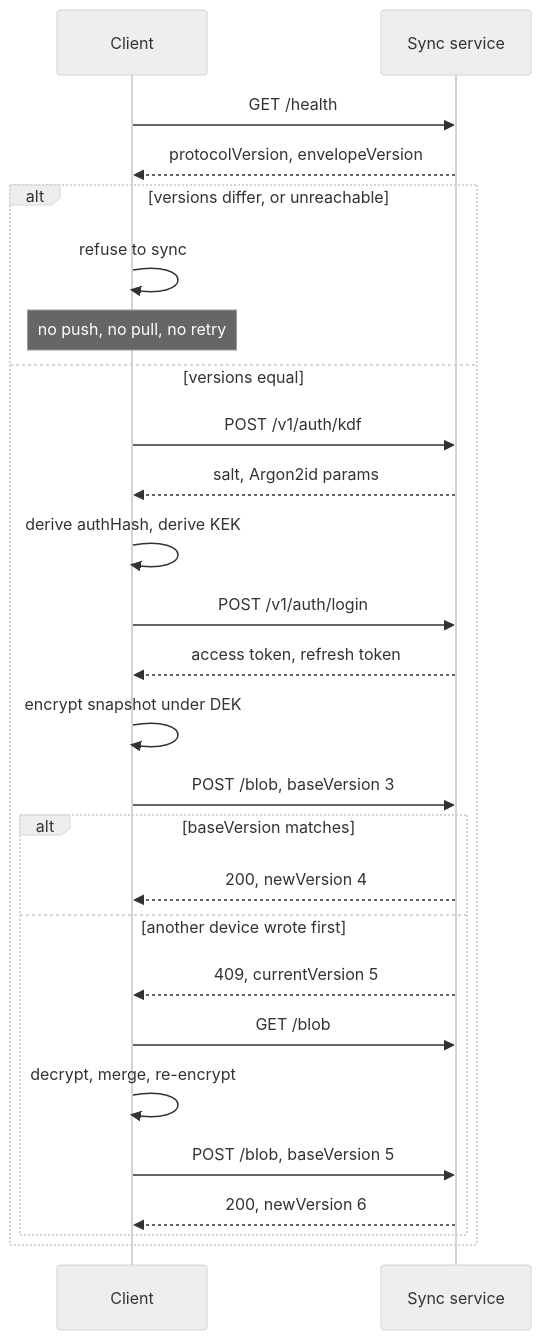
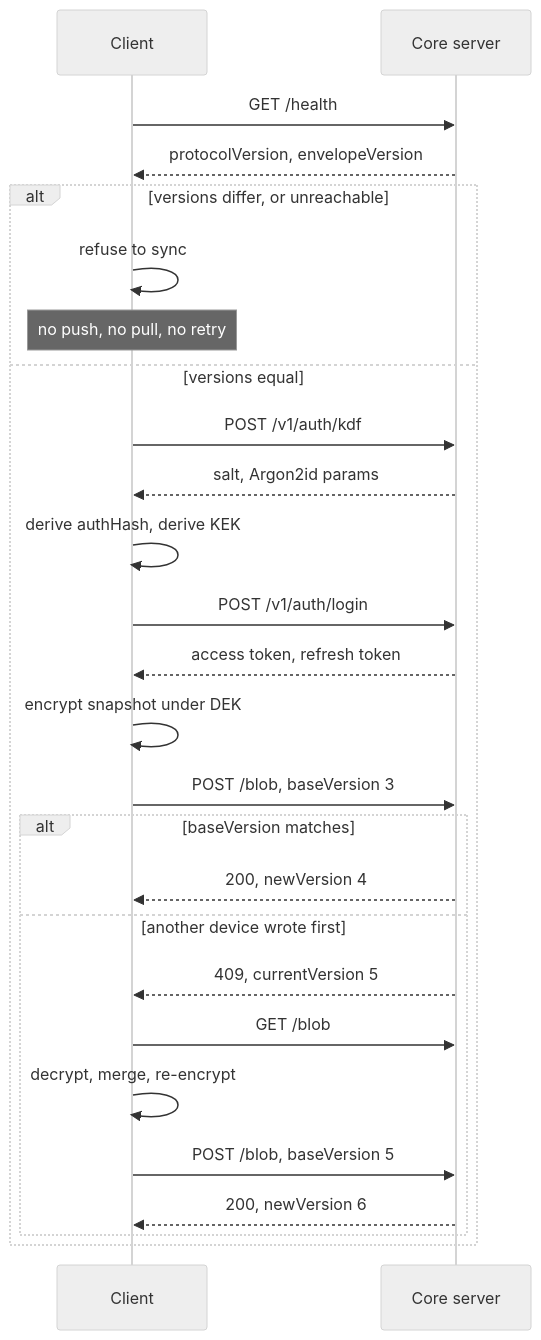
Before and after one commit to LowCarbCheck/openplate: the diagram in apps/core/PROTOCOL.md, drawn with Mermaid (neutral theme). The commit also changed 164 other files, not shown here.

First line of the commit message:
docs: call the server core, not the sync service

````diff
--- a/apps/core/PROTOCOL.md
+++ b/apps/core/PROTOCOL.md
@@ -28,29 +28,29 @@
 ```mermaid
 %% alt: One session, in order: the version handshake, which refuses to sync on any mismatch, then the sign-in, then one compare-and-swap push.
 sequenceDiagram
     participant C as Client
-    participant S as Sync service
+    participant S as Core server
     C->>S: GET /health
     S-->>C: protocolVersion, envelopeVersion
     alt versions differ, or unreachable
         C->>C: refuse to sync
         Note over C: no push, no pull, no retry
     else versions equal
         C->>S: POST /v1/auth/kdf
         S-->>C: salt, Argon2id params
         C->>C: derive authHash, derive KEK
         C->>S: POST /v1/auth/login
         S-->>C: access token, refresh token
         C->>C: encrypt snapshot under DEK
         C->>S: POST /blob, baseVersion 3
         alt baseVersion matches
             S-->>C: 200, newVersion 4
         else another device wrote first
             S-->>C: 409, currentVersion 5
             C->>S: GET /blob
             C->>C: decrypt, merge, re-encrypt
             C->>S: POST /blob, baseVersion 5
             S-->>C: 200, newVersion 6
         end
     end
 ```
````
